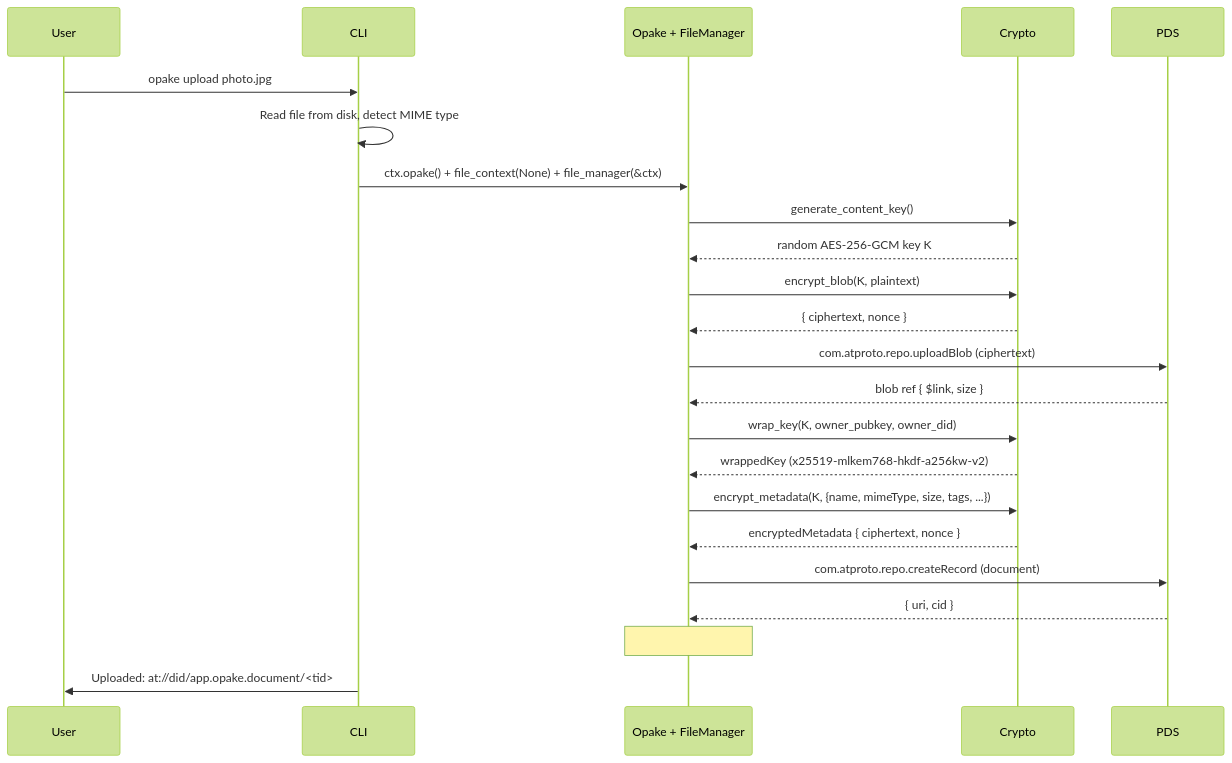
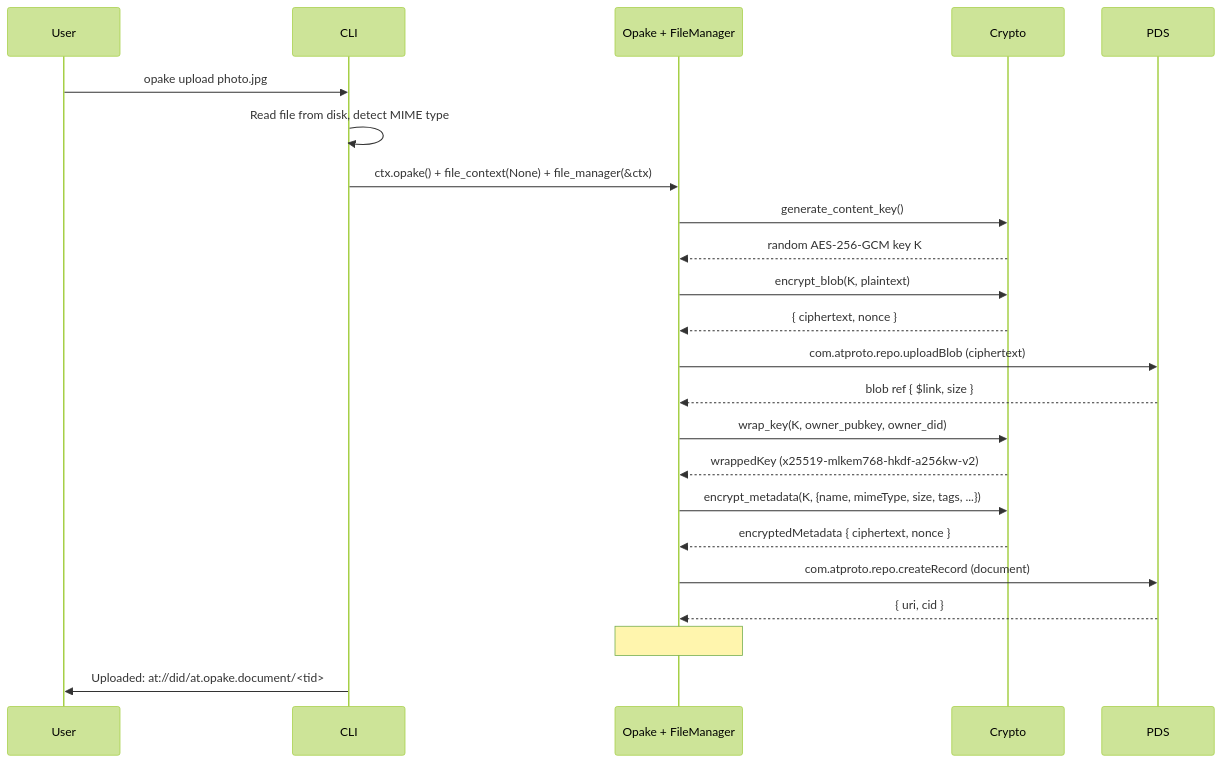
The first of 5 diagrams in docs/flows/documents.md (Sans-Self/Opake), drawn with Mermaid (forest theme) before and after one commit. The commit also changed 194 other files, not shown here.

First line of the commit message:
Rename NSID authority app.opake to at.opake

````diff
--- a/docs/flows/documents.md
+++ b/docs/flows/documents.md
@@ -7,35 +7,35 @@
 ```mermaid
 sequenceDiagram
     participant User
     participant CLI
     participant Opake as Opake + FileManager
     participant Crypto
     participant PDS
 
     User->>CLI: opake upload photo.jpg
 
     CLI->>CLI: Read file from disk, detect MIME type
     CLI->>Opake: ctx.opake() + file_context(None) + file_manager(&ctx)
 
     Opake->>Crypto: generate_content_key()
     Crypto-->>Opake: random AES-256-GCM key K
 
     Opake->>Crypto: encrypt_blob(K, plaintext)
     Crypto-->>Opake: { ciphertext, nonce }
 
     Opake->>PDS: com.atproto.repo.uploadBlob (ciphertext)
     PDS-->>Opake: blob ref { $link, size }
 
     Opake->>Crypto: wrap_key(K, owner_pubkey, owner_did)
     Crypto-->>Opake: wrappedKey (x25519-mlkem768-hkdf-a256kw-v2)
 
     Opake->>Crypto: encrypt_metadata(K, {name, mimeType, size, tags, ...})
     Crypto-->>Opake: encryptedMetadata { ciphertext, nonce }
 
     Opake->>PDS: com.atproto.repo.createRecord (document)
     PDS-->>Opake: { uri, cid }
 
     Note over Opake: #[signoff] auto-persists session if refreshed
 
-    CLI->>User: Uploaded: at://did/app.opake.document/<tid>
+    CLI->>User: Uploaded: at://did/at.opake.document/<tid>
 ```
````
